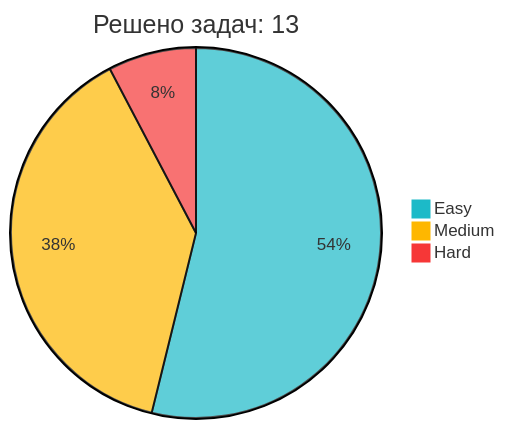
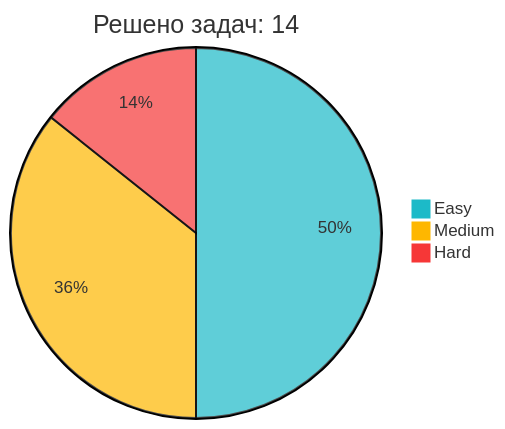
Before and after one commit to IliaKurdukov/IliaKurdukov: the diagram in README.md, drawn with Mermaid. The commit also changed other lines of this file, not shown here.

Commit message:
📈 Обновление статистики LeetCode

````diff
--- a/README.md
+++ b/README.md
@@ -48,7 +48,7 @@
 ```mermaid
 %%{init: {'theme': 'base', 'themeVariables': { 'pie1': '#1CBAC8', 'pie2': '#FEB700', 'pie3': '#F63737' }, 'config': {'width': 300, 'height': 200}}}%%
-pie title Решено задач: 13
+pie title Решено задач: 14
    "Easy" : 7
    "Medium" : 5
-   "Hard" : 1
+   "Hard" : 2
 ```
````
